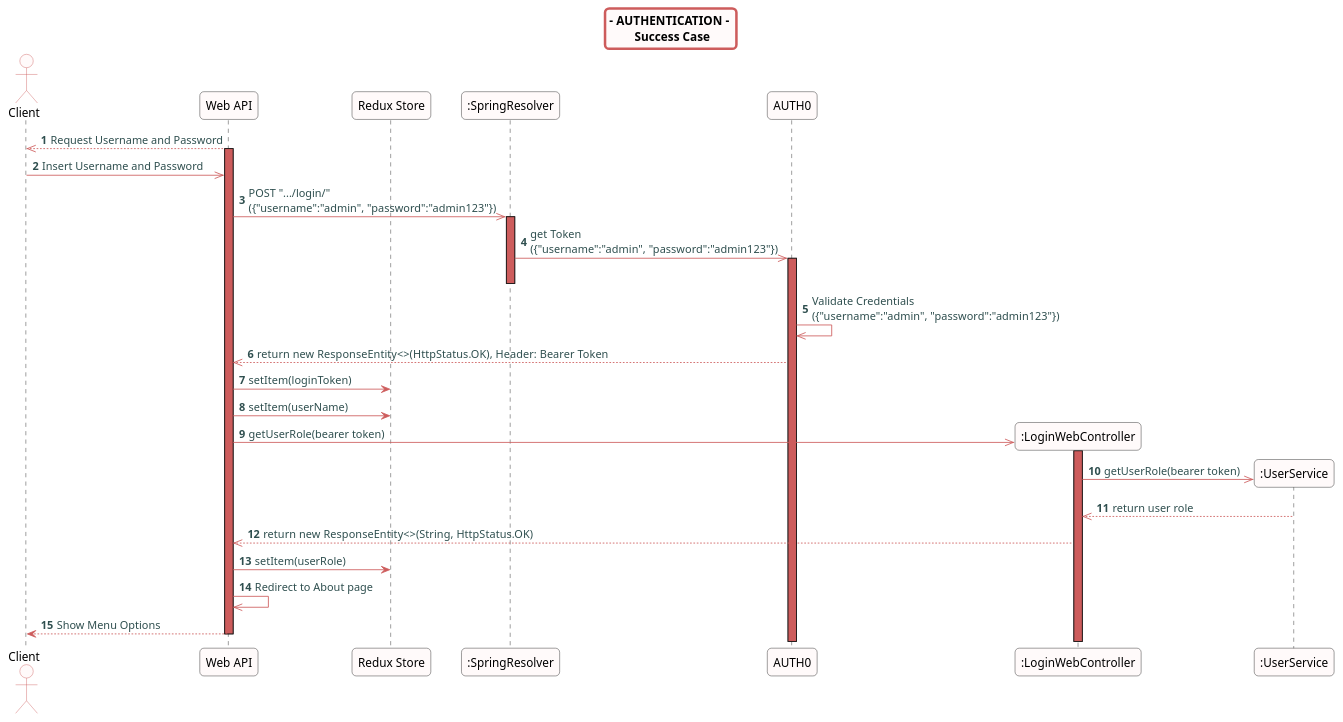
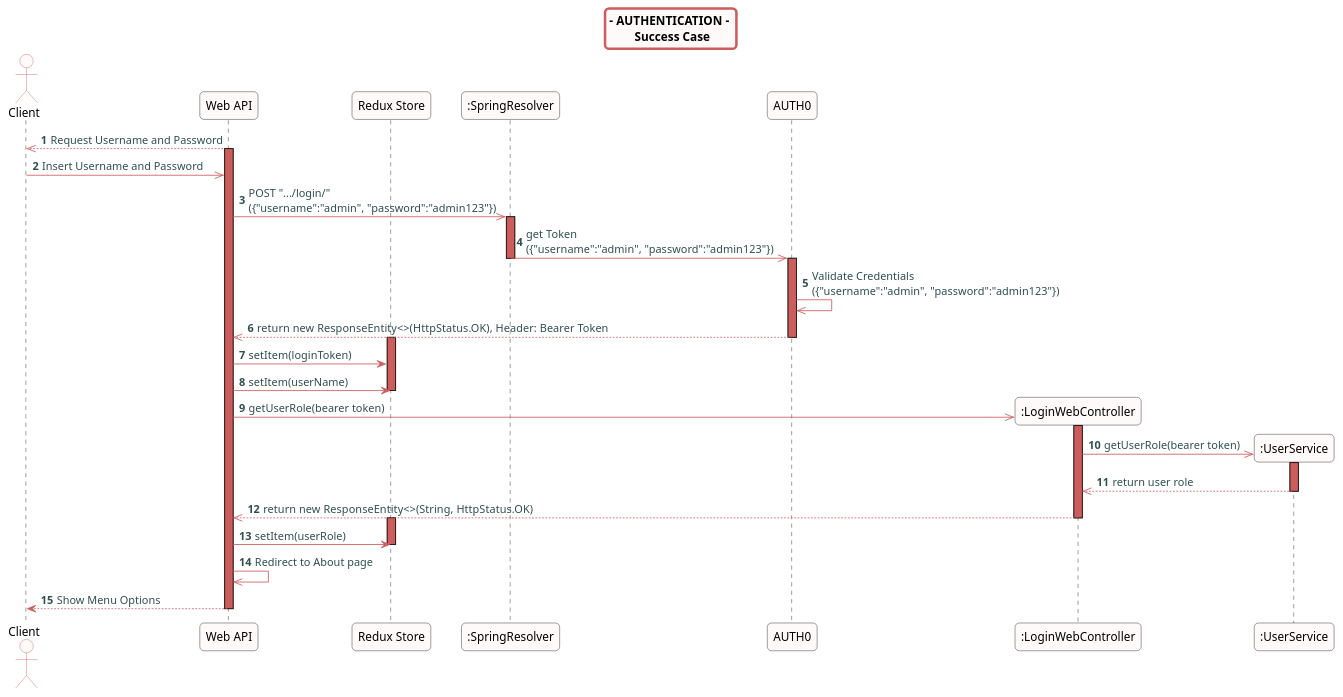
One commit to Almadanmp/frontend4 changed the diagram in src/doc/Security/Login_SD.puml. Above: the diagram before and after it, drawn with PlantUML. The commit also changed 1 other file, not shown here.

Commit message:
#438 adds small login diagram for presentation

```diff
--- a/src/doc/Security/Login_SD.puml
+++ b/src/doc/Security/Login_SD.puml
@@ -1,59 +1,68 @@
 @startuml
 skinparam titleBorderRoundCorner 10
 skinparam titleBorderThickness 3
 skinparam titleBorderColor indianred
 skinparam titleBackgroundColor snow
 skinparam FontName quicksand
 
 skinparam actor {
   BorderColor indianred
   backgroundColor Snow
   }
 
 skinparam sequence {
   LifeLineBackgroundColor indianred
   ParticipantBackgroundColor snow
 }
 
 skinparam roundcorner 10
 
 skinparam component {
   arrowThickness 1
   ArrowFontName Verdana
   ArrowColor indianred
   ArrowFontColor darkslategrey
 }
 
 
 title - AUTHENTICATION - \n Success Case
 
 autonumber
 
 actor "Client"
 
 "Web API" -->> "Client": Request Username and Password
 activate "Web API"
 "Client" ->> "Web API": Insert Username and Password
 participant "Redux Store"
 "Web API" ->> ":SpringResolver":  POST ".../login/" \n({"username":"admin", "password":"admin123"})
 activate ":SpringResolver"
 ":SpringResolver" ->> "AUTH0": get Token \n({"username":"admin", "password":"admin123"})
+deactivate ":SpringResolver"
 activate "AUTH0"
-deactivate ":SpringResolver"
+
 "AUTH0" ->> "AUTH0": Validate Credentials \n({"username":"admin", "password":"admin123"})
 "AUTH0" -->> "Web API": return  new ResponseEntity<>(HttpStatus.OK), Header: Bearer Token
+deactivate "AUTH0"
+activate "Redux Store"
 "Web API" -> "Redux Store": setItem(loginToken)
 "Web API" -> "Redux Store": setItem(userName)
+deactivate "Redux Store"
 create ":LoginWebController"
 "Web API" ->>":LoginWebController": getUserRole(bearer token)
 activate ":LoginWebController"
 create ":UserService"
 ":LoginWebController" ->> ":UserService": getUserRole(bearer token)
+activate ":UserService"
 ":UserService" -->> ":LoginWebController": return user role
+deactivate ":UserService"
 ":LoginWebController" -->> "Web API": return  new ResponseEntity<>(String, HttpStatus.OK)
+deactivate ":LoginWebController"
+activate "Redux Store"
 "Web API" -> "Redux Store": setItem(userRole)
+deactivate "Redux Store"
 "Web API" ->> "Web API": Redirect to About page
 "Web API" --> "Client": Show Menu Options
 deactivate "Web API"
 
 @enduml
```
